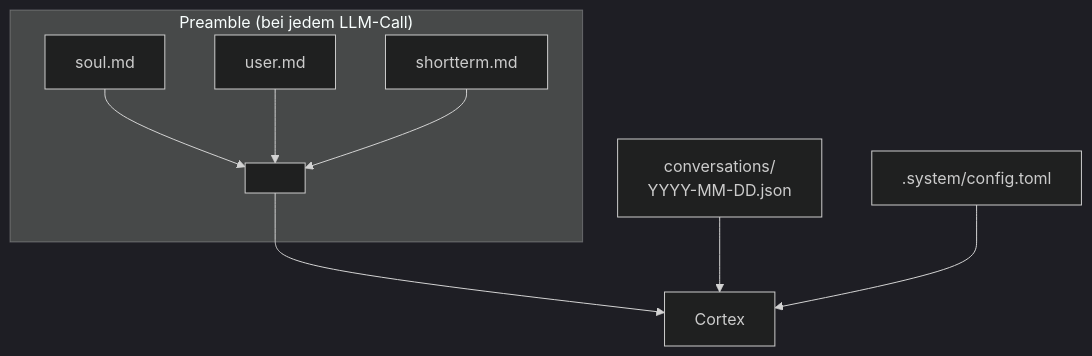
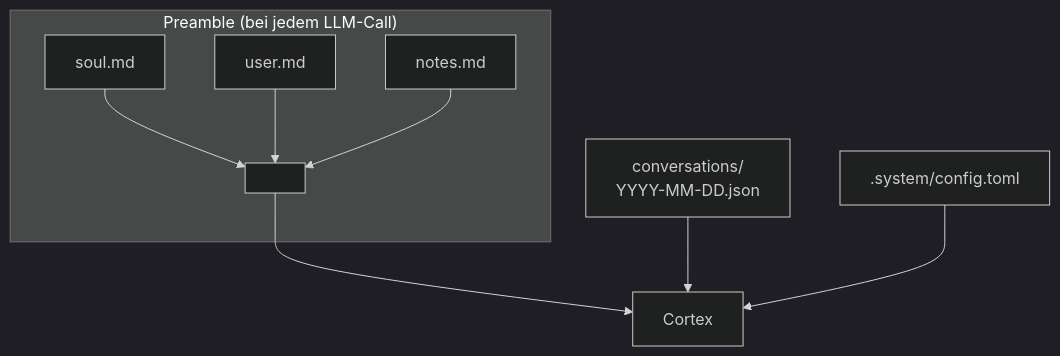
The fifth of 7 diagrams in docs/ARCHITECTURE.md (Superheld/aiux), drawn with Mermaid (dark theme) before and after one commit. The commit also changed other lines of this file and 13 other files, not shown here.

````diff
--- a/docs/ARCHITECTURE.md
+++ b/docs/ARCHITECTURE.md
@@ -161,11 +161,11 @@
 ```mermaid
 flowchart TD
   subgraph Preamble["Preamble (bei jedem LLM-Call)"]
     soul.md --> P[" "]
     user.md --> P
-    shortterm.md --> P
+    notes.md --> P
   end
   P --> Cortex
   Conv["conversations/\nYYYY-MM-DD.json"] --> Cortex
   Config[".system/config.toml"] --> Cortex
 ```
````
